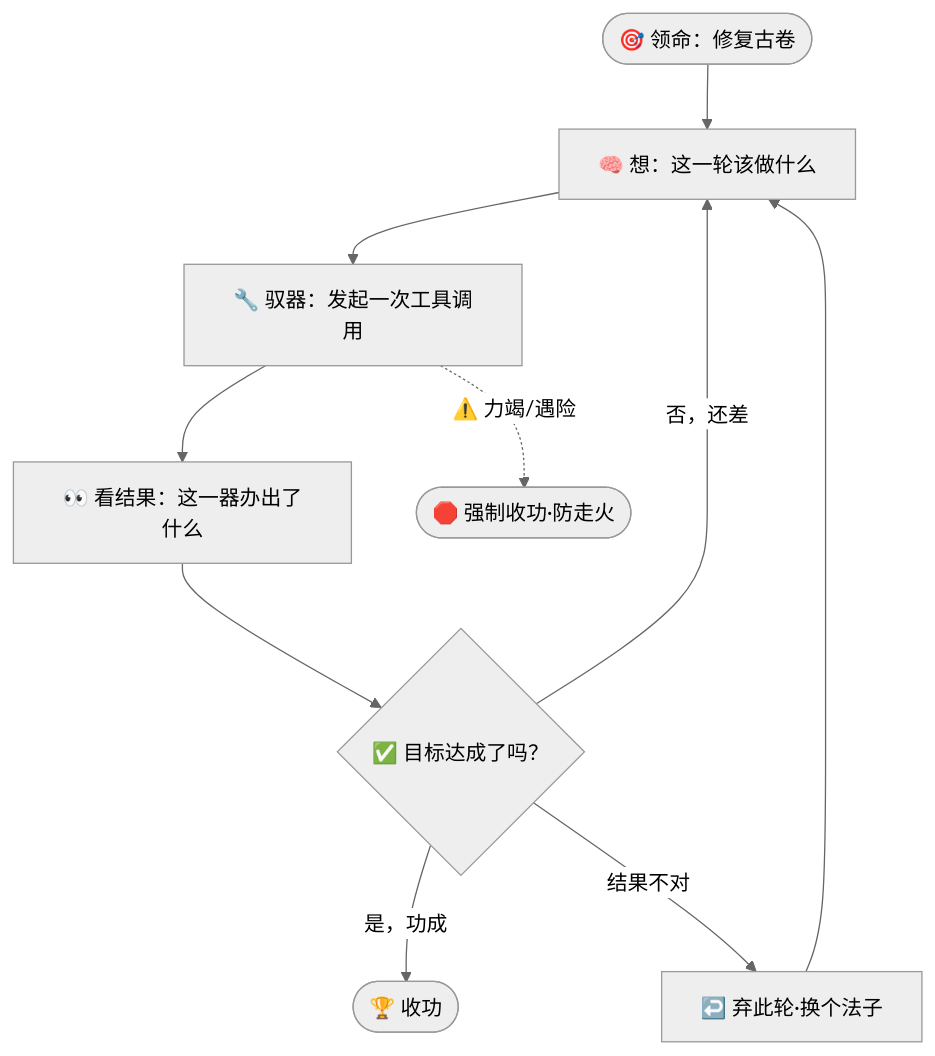
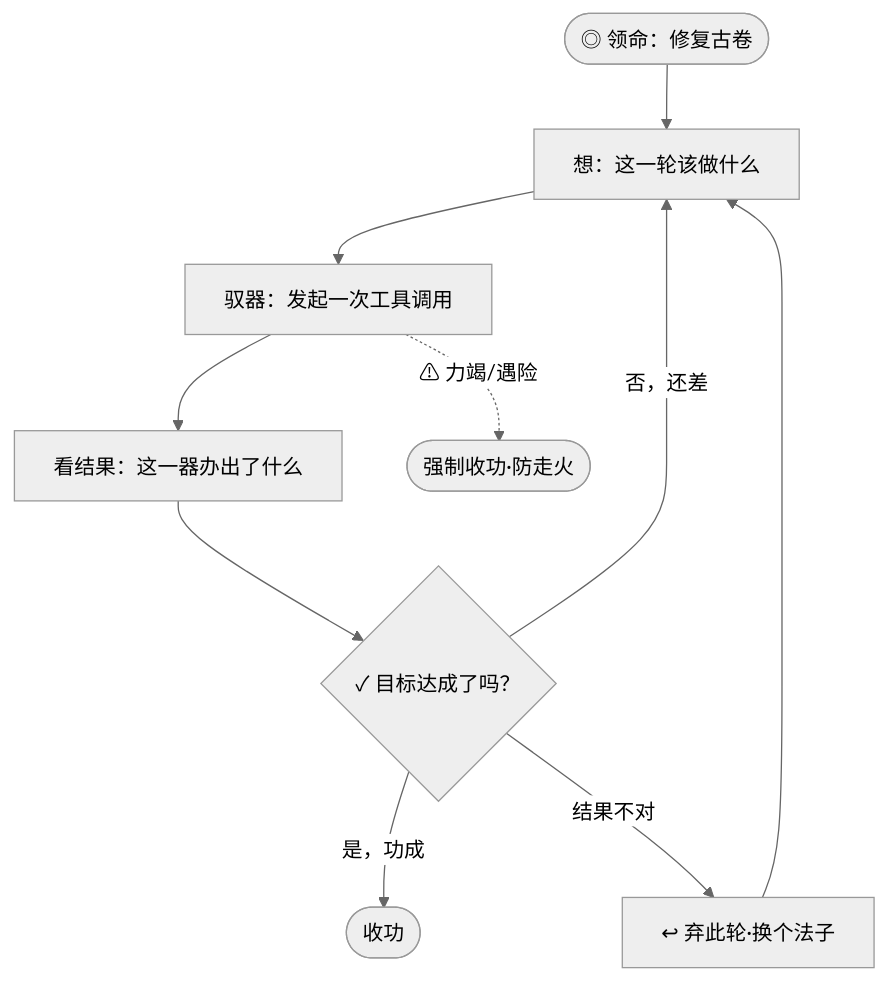
The diagram in docs/09_STORY_修仙学AI/STORY-金丹/[STORY-章节-120] 第06章 金丹·周天循环.md (luckykhy/KhyAiHub), drawn with Mermaid (neutral theme) before and after one commit. The commit also changed other lines of this file and 19 other files, not shown here.

````diff
--- a/docs/09_STORY_修仙学AI/STORY-金丹/[STORY-章节-120] 第06章 金丹·周天循环.md
+++ b/docs/09_STORY_修仙学AI/STORY-金丹/[STORY-章节-120] 第06章 金丹·周天循环.md
@@ -102,12 +102,12 @@
 ```mermaid
 flowchart TD
-    Start([🎯 领命：修复古卷]) --> Think[🧠 想：这一轮该做什么]
-    Think --> Act[🔧 驭器：发起一次工具调用]
-    Act --> See[👀 看结果：这一器办出了什么]
-    See --> Judge{✅ 目标达成了吗？}
+    Start([◎ 领命：修复古卷]) --> Think[想：这一轮该做什么]
+    Think --> Act[驭器：发起一次工具调用]
+    Act --> See[看结果：这一器办出了什么]
+    See --> Judge{✓ 目标达成了吗？}
     Judge -->|否，还差| Think
-    Judge -->|是，功成| Done([🏆 收功])
-    Judge -->|结果不对| Redo[↩️ 弃此轮·换个法子]
+    Judge -->|是，功成| Done([收功])
+    Judge -->|结果不对| Redo[↩ 弃此轮·换个法子]
     Redo --> Think
-    Act -.->|⚠️ 力竭/遇险| Brake([🛑 强制收功·防走火]) 
+    Act -.->|⚠ 力竭/遇险| Brake([强制收功·防走火]) 
 ```
````
